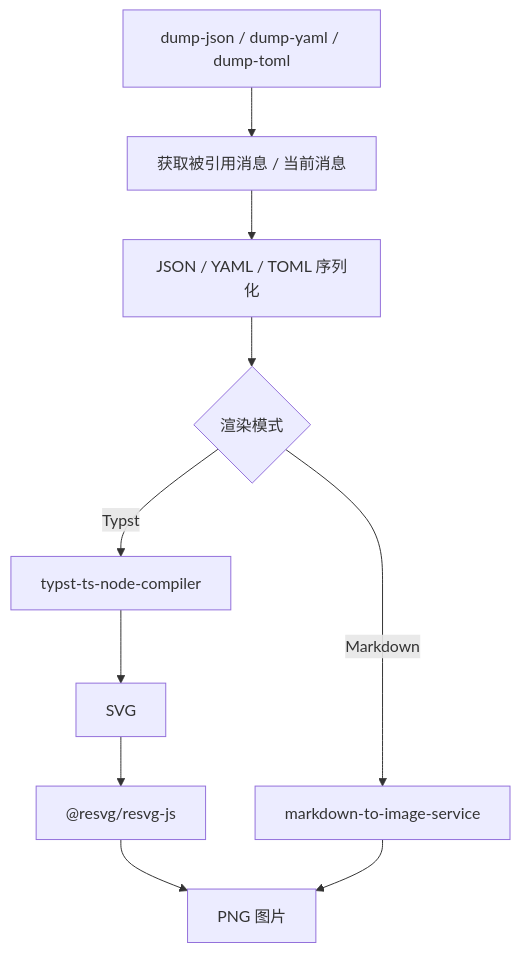
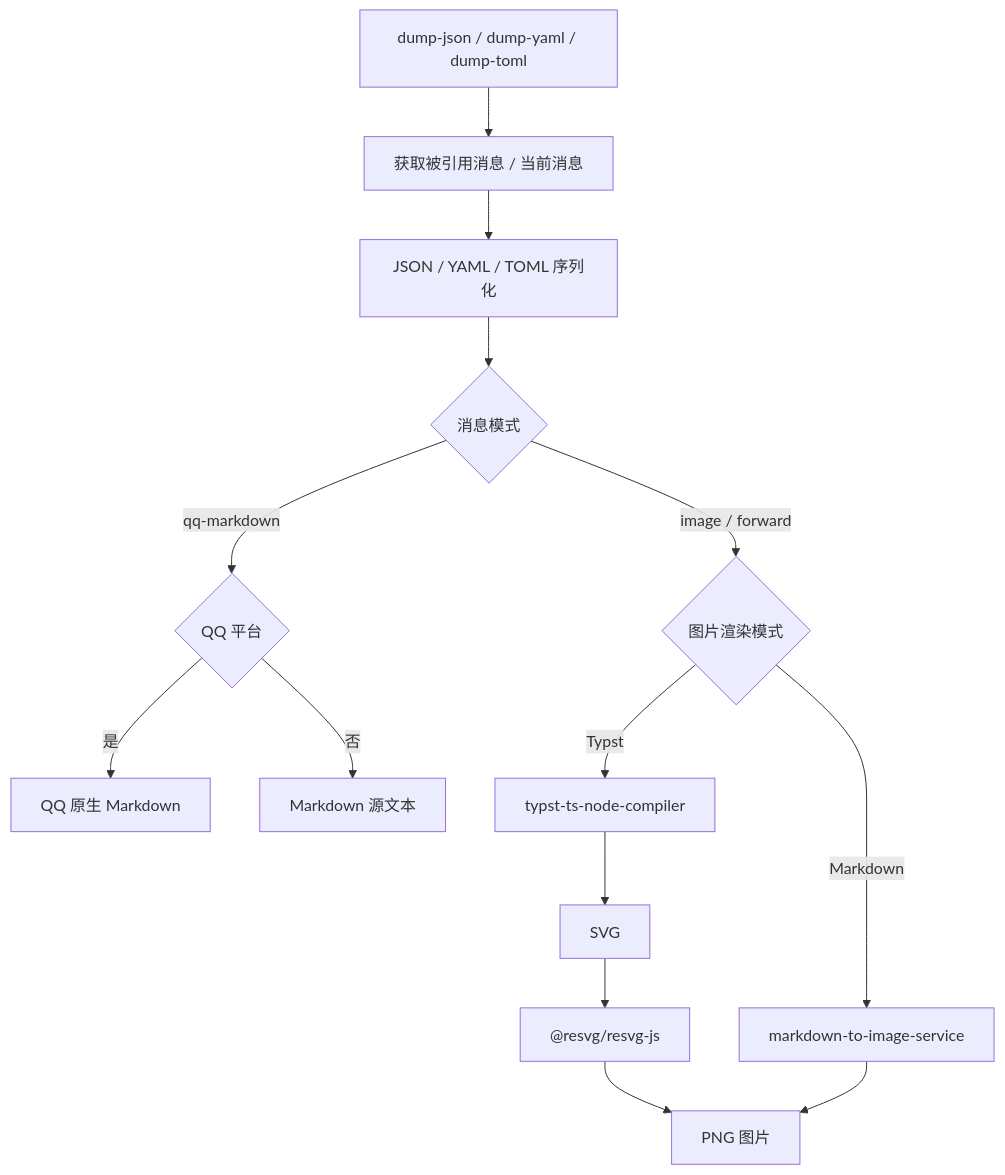
The first of 2 diagrams in readme.md (VincentZyuApps/koishi-plugin-quote-debug-msg-json-image), drawn with Mermaid before and after one commit. The commit also changed other lines of this file and 14 other files, not shown here.

````diff
--- a/readme.md
+++ b/readme.md
@@ -90,12 +95,16 @@
 ```mermaid
 flowchart TD
   A["dump-json / dump-yaml / dump-toml"] --> B["获取被引用消息 / 当前消息"]
   B --> C["JSON / YAML / TOML 序列化"]
-  C --> D{"渲染模式"}
-  D -->|"Typst"| E["typst-ts-node-compiler"]
+  C --> D{"消息模式"}
+  D -->|"qq-markdown"| J{"QQ 平台"}
+  J -->|"是"| K["QQ 原生 Markdown"]
+  J -->|"否"| L["Markdown 源文本"]
+  D -->|"image / forward"| M{"图片渲染模式"}
+  M -->|"Typst"| E["typst-ts-node-compiler"]
   E --> F["SVG"]
   F --> G["@resvg/resvg-js"]
   G --> H["PNG 图片"]
-  D -->|"Markdown"| I["markdown-to-image-service"]
+  M -->|"Markdown"| I["markdown-to-image-service"]
   I --> H
 ```
````
